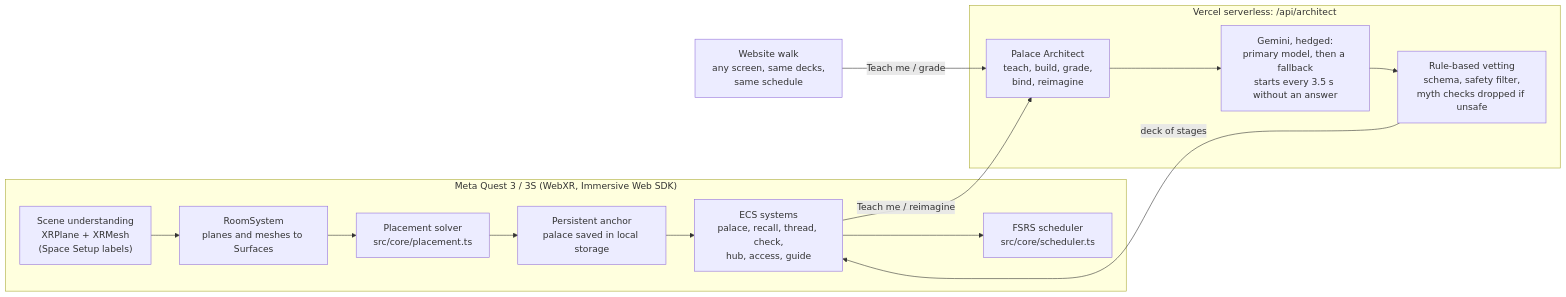
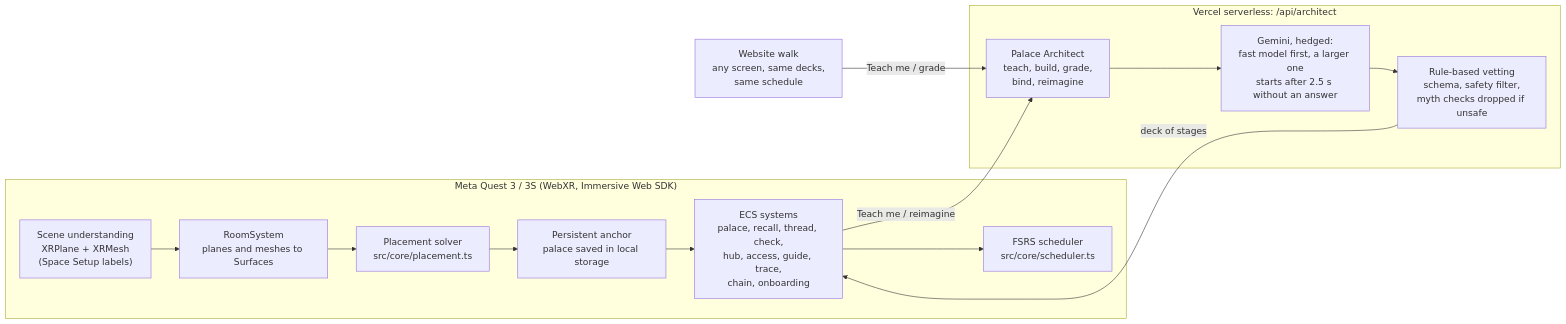
The diagram in README.md (apexxx01/loci), drawn with Mermaid before and after one commit. The commit also changed other lines of this file, not shown here.

Commit message:
README: headset asking, chain practice, surface traces, first lesson, instant repeats

````diff
--- a/README.md
+++ b/README.md
@@ -41,17 +47,17 @@
 ```mermaid
 flowchart LR
   subgraph Quest["Meta Quest 3 / 3S (WebXR, Immersive Web SDK)"]
     SU["Scene understanding<br/>XRPlane + XRMesh<br/>(Space Setup labels)"] --> RS["RoomSystem<br/>planes and meshes to Surfaces"]
     RS --> PS["Placement solver<br/>src/core/placement.ts"]
     PS --> AN["Persistent anchor<br/>palace saved in local storage"]
-    AN --> ECS["ECS systems<br/>palace, recall, thread, check,<br/>hub, access, guide"]
+    AN --> ECS["ECS systems<br/>palace, recall, thread, check,<br/>hub, access, guide, trace,<br/>chain, onboarding"]
     ECS --> FS["FSRS scheduler<br/>src/core/scheduler.ts"]
   end
   subgraph Vercel["Vercel serverless: /api/architect"]
-    AR["Palace Architect<br/>teach, build, grade,<br/>bind, reimagine"] --> GM["Gemini, hedged:<br/>primary model, then a fallback<br/>starts every 3.5 s without an answer"]
+    AR["Palace Architect<br/>teach, build, grade,<br/>bind, reimagine"] --> GM["Gemini, hedged:<br/>fast model first, a larger one<br/>starts after 2.5 s without an answer"]
     GM --> VET["Rule-based vetting<br/>schema, safety filter,<br/>myth checks dropped if unsafe"]
   end
   ECS -- "Teach me / reimagine" --> AR
   VET -- "deck of stages" --> ECS
   WEB["Website walk<br/>any screen, same decks,<br/>same schedule"] -- "Teach me / grade" --> AR
 ```
````
